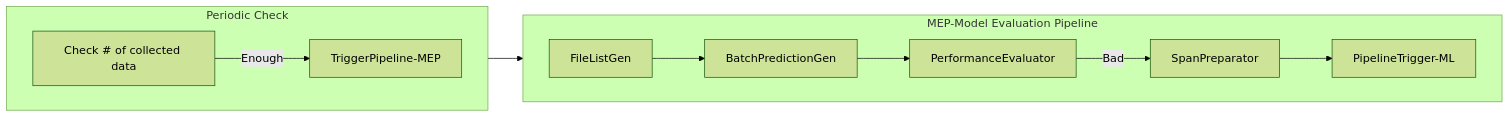
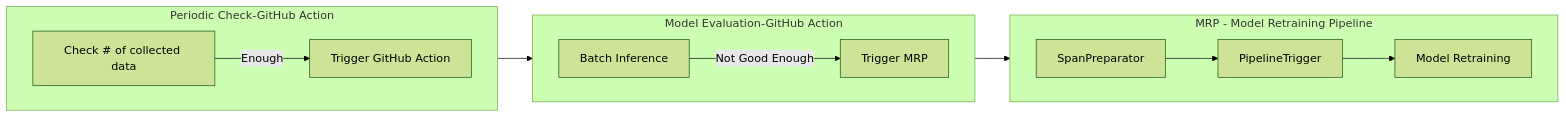
Before and after one commit to deep-diver/complete-mlops-system-workflow: the second of 2 diagrams in README.md, drawn with Mermaid (forest theme). The commit also changed other lines of this file, not shown here.

````diff
--- a/README.md
+++ b/README.md
@@ -60,17 +60,21 @@
 ```mermaid
   flowchart LR;
-      subgraph Periodic Check
+      subgraph Periodic Check-GitHub Action
       direction LR
-      A[Check # of collected data]--Enough-->B[TriggerPipeline-MEP];
+      A[Check # of collected data]--Enough-->B[Trigger GitHub Action];
       end
       
-      subgraph MEP-Model Evaluation Pipeline
-      direction LR 
-      C[FileListGen]-->D[BatchPredictionGen];
-      D-->E[PerformanceEvaluator];
-      E--Bad-->F[SpanPreparator];
-      F-->G[PipelineTrigger-ML];
+      subgraph Model Evaluation-GitHub Action
+      direction LR
+      C[Batch Inference]--Not Good Enough-->D[Trigger MRP];
+      end
+      
+      subgraph MRP - Model Retraining Pipeline
+      direction LR
+      E[SpanPreparator]-->F[PipelineTrigger];
+      F-->G[Model Retraining];
       end
       
       B-->C;
-```      
+      D-->E;
+```
````
